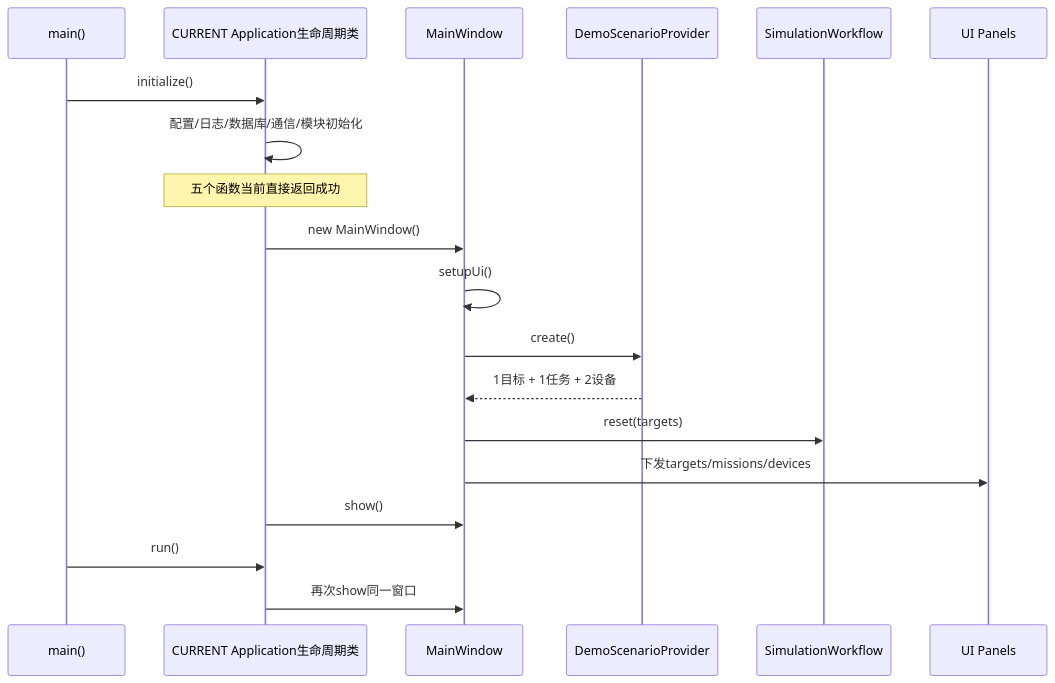
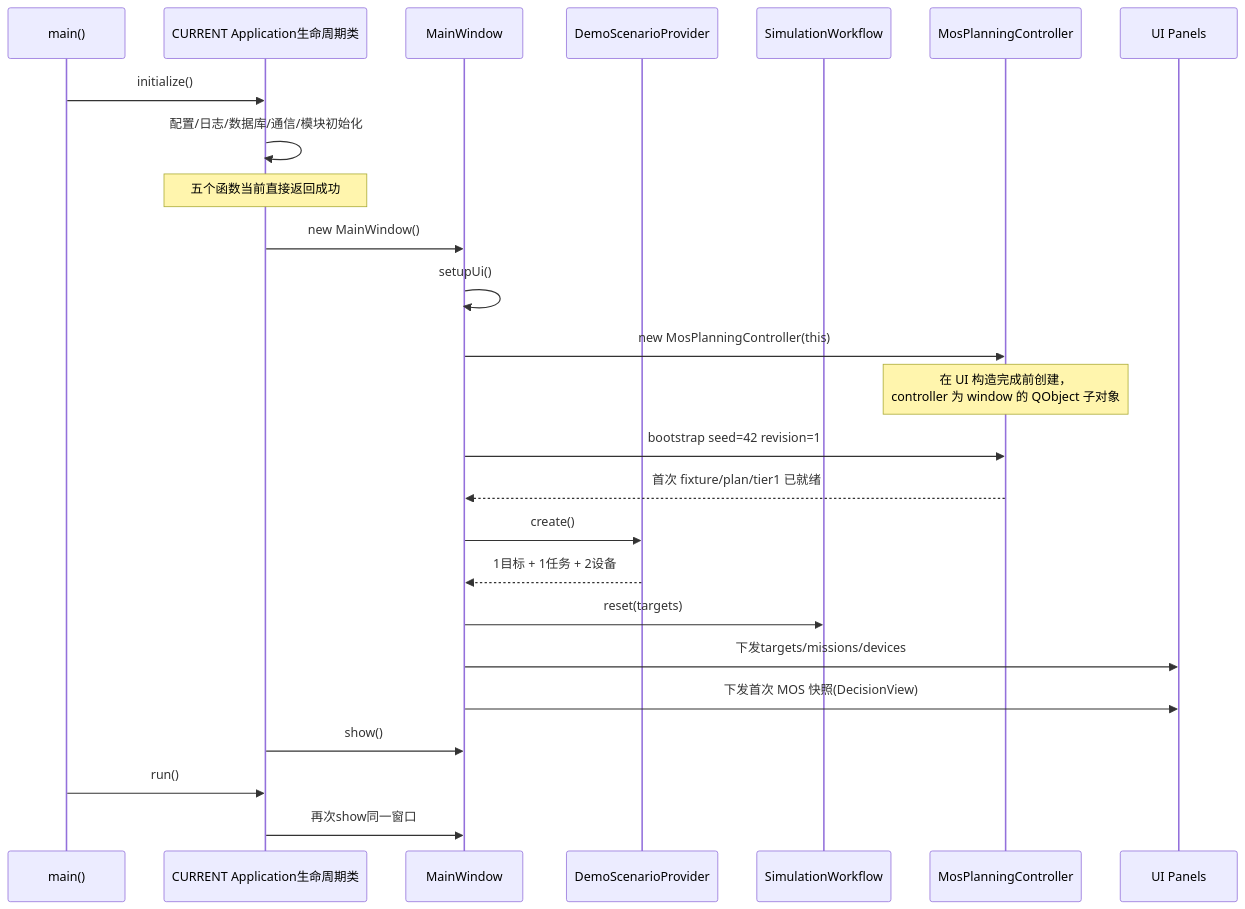
Before and after one commit to wbzzzd/UXO_v1: the second of 7 diagrams in docs/ARCHITECTURE.md, drawn with Mermaid. The commit also changed other lines of this file and 75 other files, not shown here.

````diff
--- a/docs/ARCHITECTURE.md
+++ b/docs/ARCHITECTURE.md
@@ -42,22 +44,28 @@
 ```mermaid
 sequenceDiagram
     participant Main as main()
     participant App as CURRENT Application生命周期类
     participant Window as MainWindow
     participant Demo as DemoScenarioProvider
     participant Flow as SimulationWorkflow
+    participant Ctrl as MosPlanningController
     participant Panels as UI Panels
 
     Main->>App: initialize()
     App->>App: 配置/日志/数据库/通信/模块初始化
     Note over App: 五个函数当前直接返回成功
     App->>Window: new MainWindow()
     Window->>Window: setupUi()
+    Window->>Ctrl: new MosPlanningController(this)
+    Note over Ctrl: 在 UI 构造完成前创建，<br/>controller 为 window 的 QObject 子对象
+    Window->>Ctrl: bootstrap seed=42 revision=1
+    Ctrl-->>Window: 首次 fixture/plan/tier1 已就绪
     Window->>Demo: create()
     Demo-->>Window: 1目标 + 1任务 + 2设备
     Window->>Flow: reset(targets)
     Window->>Panels: 下发targets/missions/devices
+    Window->>Panels: 下发首次 MOS 快照(DecisionView)
     App->>Window: show()
     Main->>App: run()
     App->>Window: 再次show同一窗口
 ```
````
